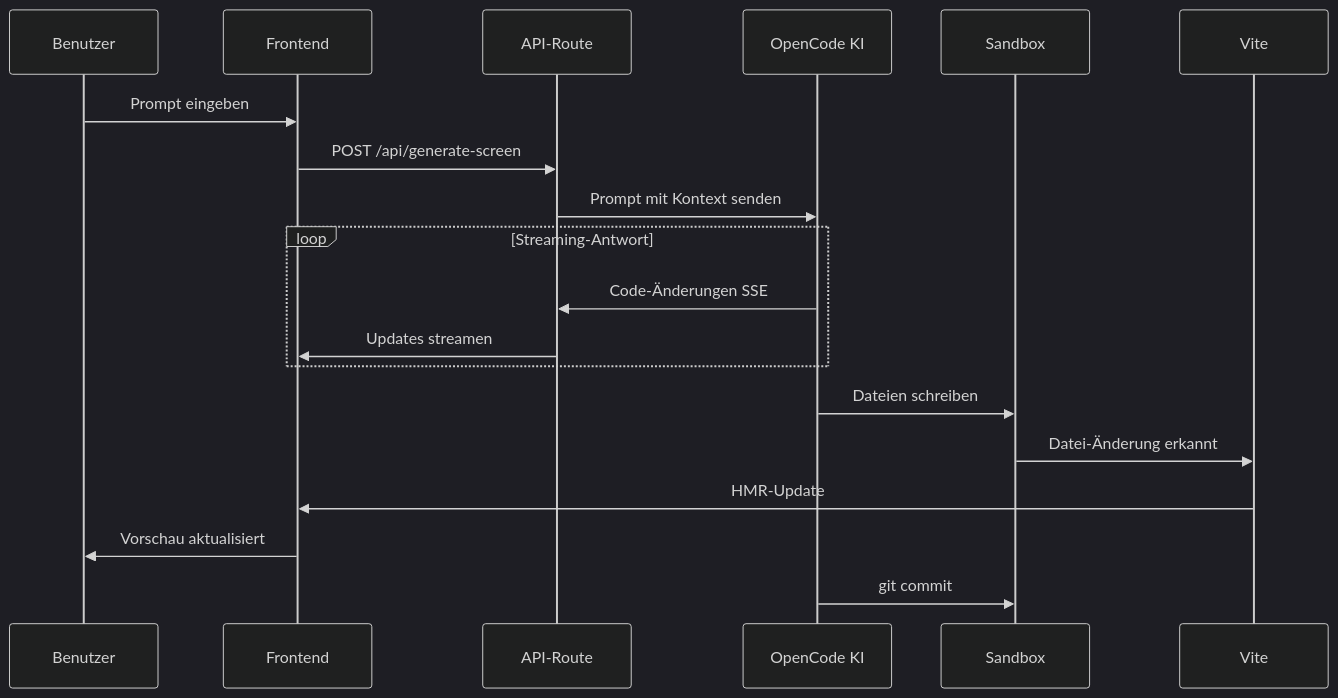
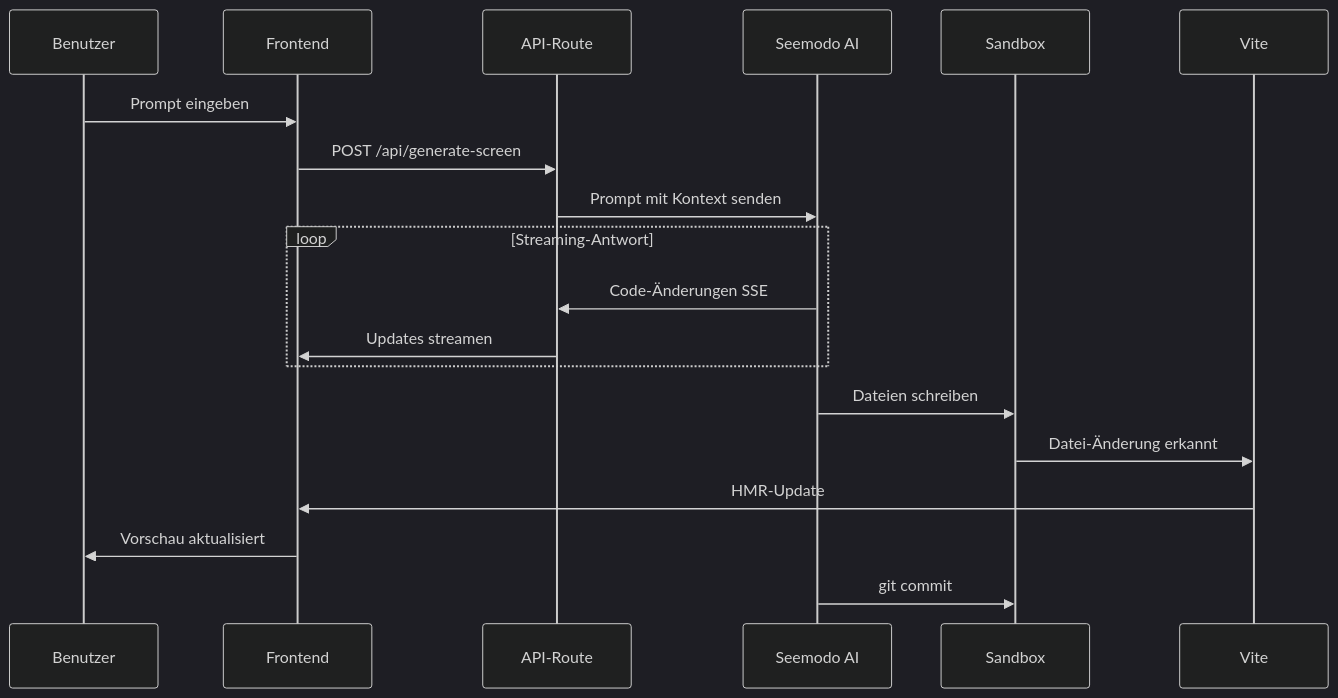
The fifth of 7 diagrams in de/seemodo/architecture.mdx (Seemodo/docs), drawn with Mermaid (dark theme) before and after one commit. The commit also changed other lines of this file and 23 other files, not shown here.

Commit message:
Update documentation to replace all instances of "OpenCode" with "Seemodo AI" across multiple files, including AGENTS.md, README.md, and various API reference documents, ensuring consistency with the new branding.

````diff
--- a/de/seemodo/architecture.mdx
+++ b/de/seemodo/architecture.mdx
@@ -185,25 +185,25 @@
 ```mermaid
 sequenceDiagram
     participant Benutzer
     participant Frontend
     participant API as API-Route
-    participant OpenCode as OpenCode KI
+    participant SeemodAI as Seemodo AI
     participant Sandbox
     participant Vite
 
     Benutzer->>Frontend: Prompt eingeben
     Frontend->>API: POST /api/generate-screen
-    API->>OpenCode: Prompt mit Kontext senden
+    API->>SeemodAI: Prompt mit Kontext senden
     
     loop Streaming-Antwort
-        OpenCode->>API: Code-Änderungen SSE
+        SeemodAI->>API: Code-Änderungen SSE
         API->>Frontend: Updates streamen
     end
     
-    OpenCode->>Sandbox: Dateien schreiben
+    SeemodAI->>Sandbox: Dateien schreiben
     Sandbox->>Vite: Datei-Änderung erkannt
     Vite->>Frontend: HMR-Update
     Frontend->>Benutzer: Vorschau aktualisiert
     
-    OpenCode->>Sandbox: git commit
+    SeemodAI->>Sandbox: git commit
 ```
````
